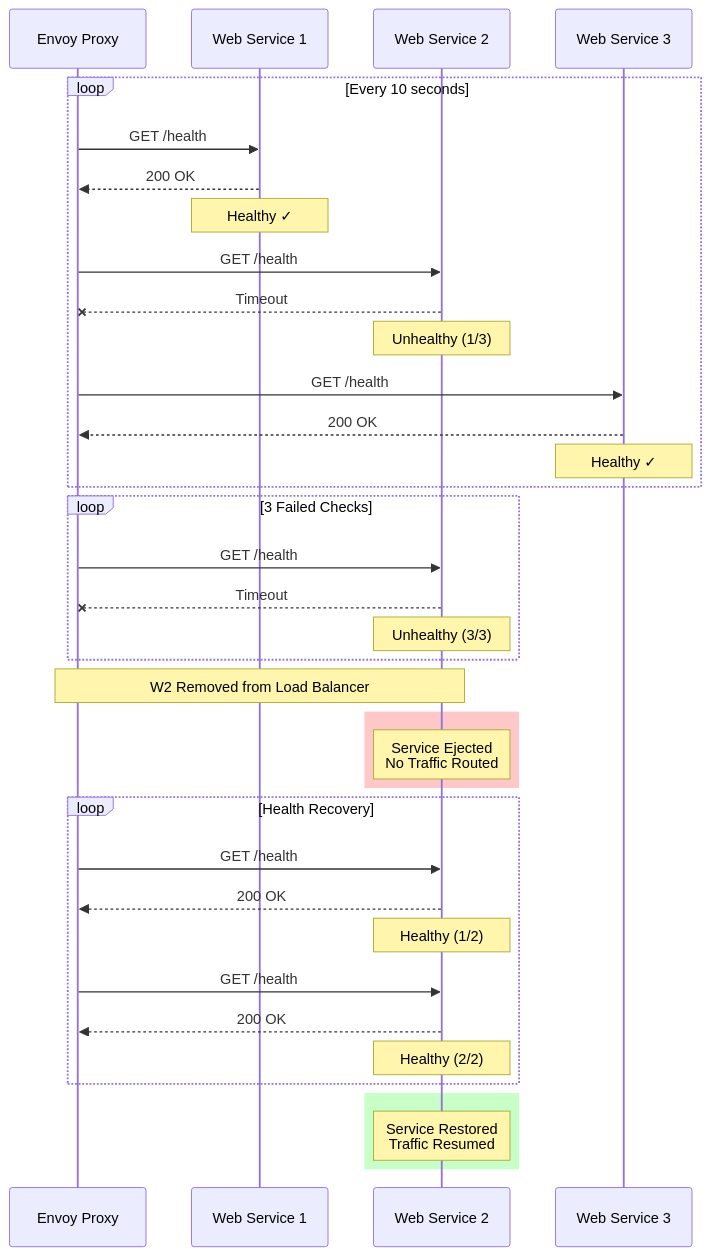
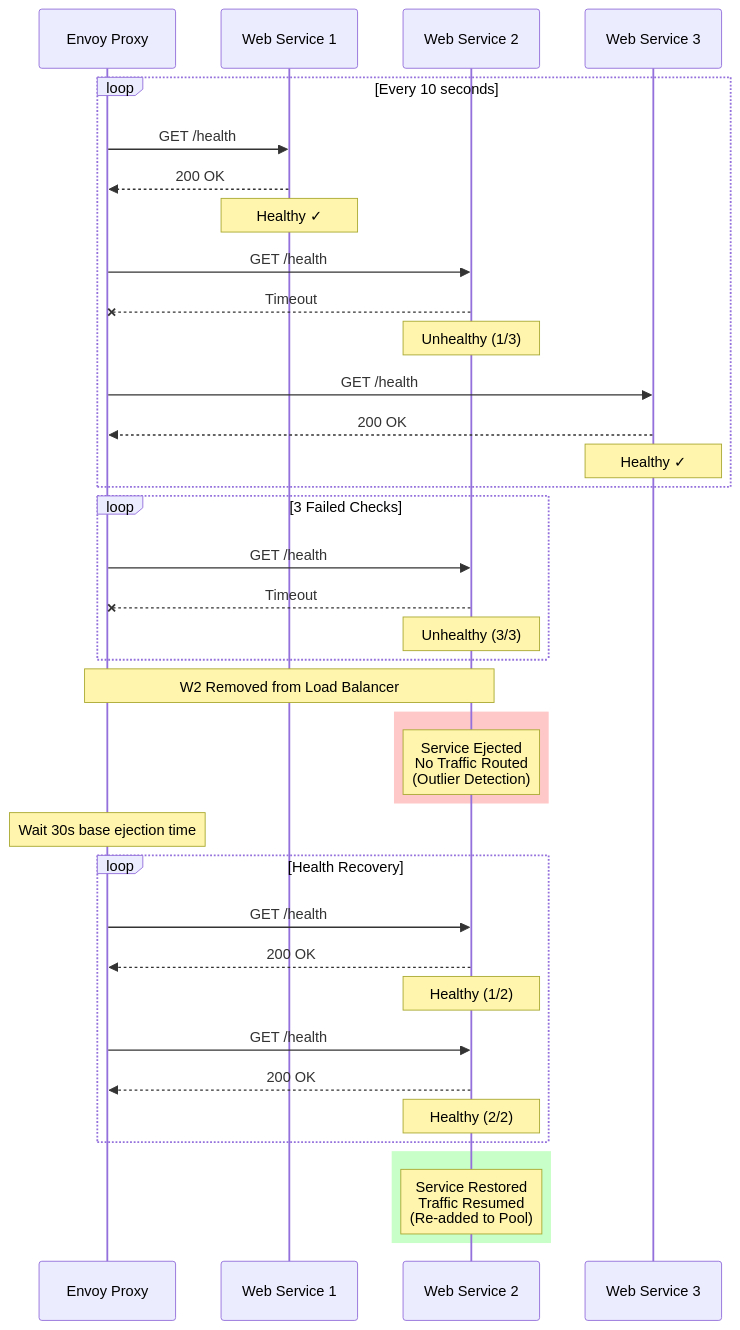
Before and after one commit to ScrambledBits/envoy-example: the third of 9 diagrams in README.md, drawn with Mermaid. The commit also changed other lines of this file and 2 other files, not shown here.

````diff
--- a/README.md
+++ b/README.md
@@ -80,47 +80,49 @@
 ```mermaid
 sequenceDiagram
     participant E as Envoy Proxy
     participant W1 as Web Service 1
     participant W2 as Web Service 2
     participant W3 as Web Service 3
 
     loop Every 10 seconds
         E->>W1: GET /health
         W1-->>E: 200 OK
         Note over W1: Healthy ✓
 
         E->>W2: GET /health
         W2--xE: Timeout
         Note over W2: Unhealthy (1/3)
 
         E->>W3: GET /health
         W3-->>E: 200 OK
         Note over W3: Healthy ✓
     end
 
     loop 3 Failed Checks
         E->>W2: GET /health
         W2--xE: Timeout
         Note over W2: Unhealthy (3/3)
     end
 
     Note over E,W2: W2 Removed from Load Balancer
 
     rect rgb(255, 200, 200)
-        Note over W2: Service Ejected<br/>No Traffic Routed
+        Note over W2: Service Ejected<br/>No Traffic Routed<br/>(Outlier Detection)
     end
+
+    Note over E: Wait 30s base ejection time
 
     loop Health Recovery
         E->>W2: GET /health
         W2-->>E: 200 OK
         Note over W2: Healthy (1/2)
 
         E->>W2: GET /health
         W2-->>E: 200 OK
         Note over W2: Healthy (2/2)
     end
 
     rect rgb(200, 255, 200)
-        Note over W2: Service Restored<br/>Traffic Resumed
+        Note over W2: Service Restored<br/>Traffic Resumed<br/>(Re-added to Pool)
     end
 ```
````
